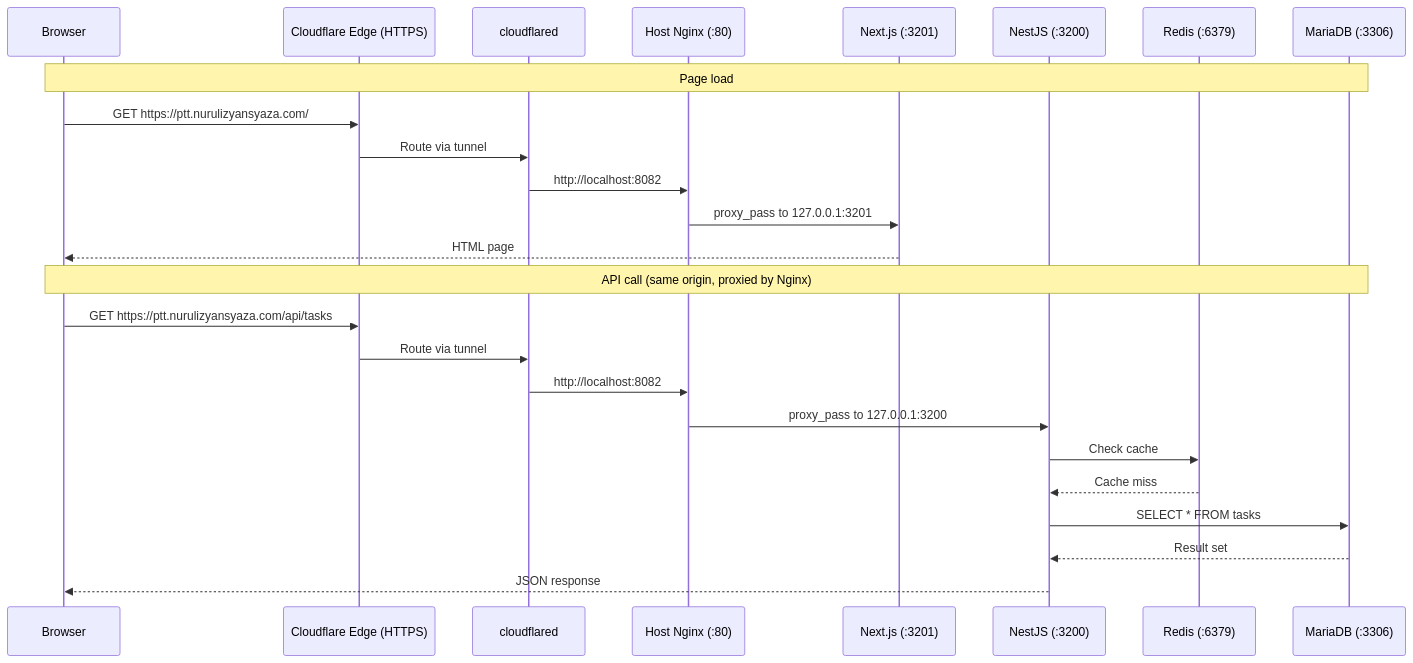
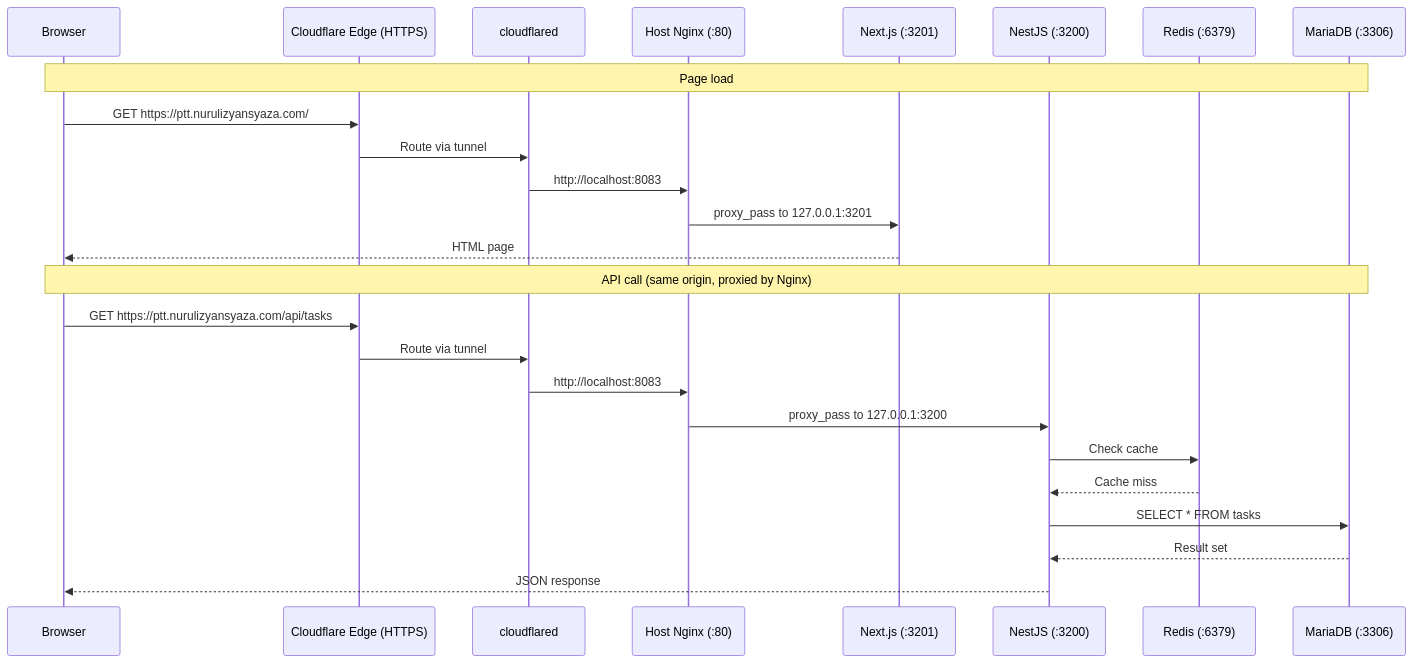
The second of 3 diagrams in HOMELAB-INFRASTRUCTURE.md (nurulizyansyaza/personal-task-tracker), drawn with Mermaid before and after one commit. The commit also changed other lines of this file, not shown here.

Commit message:
fix: change PTT nginx/cloudflared port from 8082 to 8083 (employee-nginx conflict)

````diff
--- a/HOMELAB-INFRASTRUCTURE.md
+++ b/HOMELAB-INFRASTRUCTURE.md
@@ -92,29 +92,29 @@
 ```mermaid
 sequenceDiagram
     participant Browser
     participant CF as Cloudflare Edge (HTTPS)
     participant Tunnel as cloudflared
     participant Nginx as Host Nginx (:80)
     participant NextJS as Next.js (:3201)
     participant API as NestJS (:3200)
     participant Redis as Redis (:6379)
     participant DB as MariaDB (:3306)
 
     Note over Browser,DB: Page load
     Browser->>CF: GET https://ptt.nurulizyansyaza.com/
     CF->>Tunnel: Route via tunnel
-    Tunnel->>Nginx: http://localhost:8082
+    Tunnel->>Nginx: http://localhost:8083
     Nginx->>NextJS: proxy_pass to 127.0.0.1:3201
     NextJS-->>Browser: HTML page
 
     Note over Browser,DB: API call (same origin, proxied by Nginx)
     Browser->>CF: GET https://ptt.nurulizyansyaza.com/api/tasks
     CF->>Tunnel: Route via tunnel
-    Tunnel->>Nginx: http://localhost:8082
+    Tunnel->>Nginx: http://localhost:8083
     Nginx->>API: proxy_pass to 127.0.0.1:3200
     API->>Redis: Check cache
     Redis-->>API: Cache miss
     API->>DB: SELECT * FROM tasks
     DB-->>API: Result set
     API-->>Browser: JSON response
 ```
````
